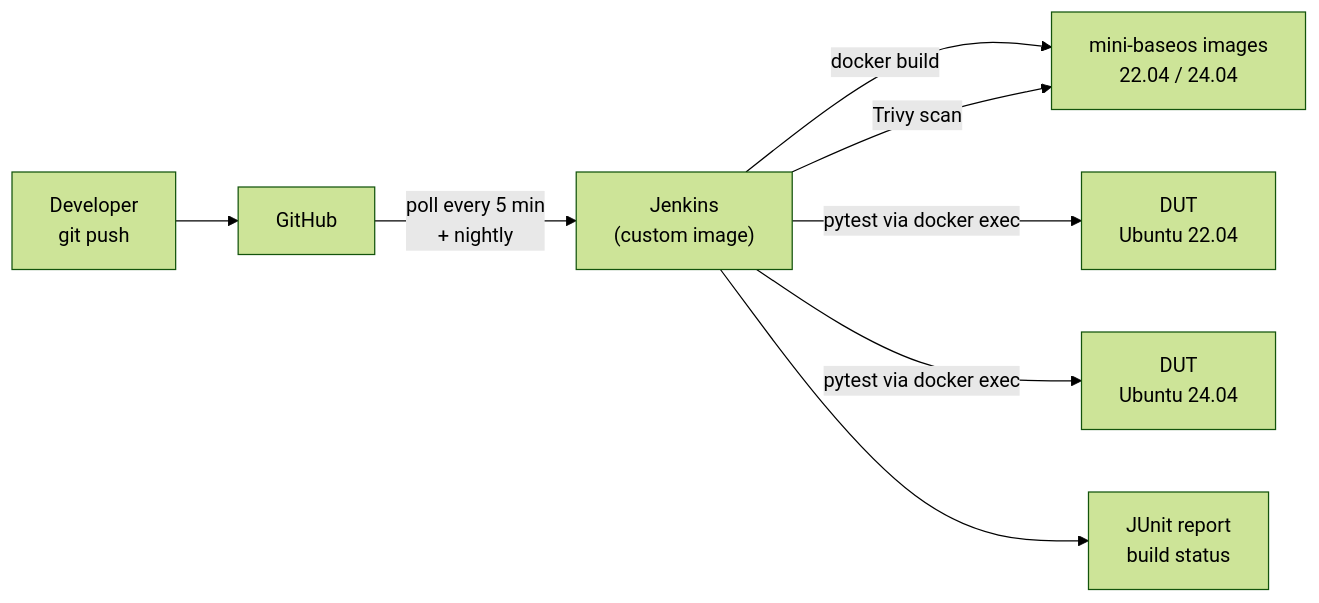
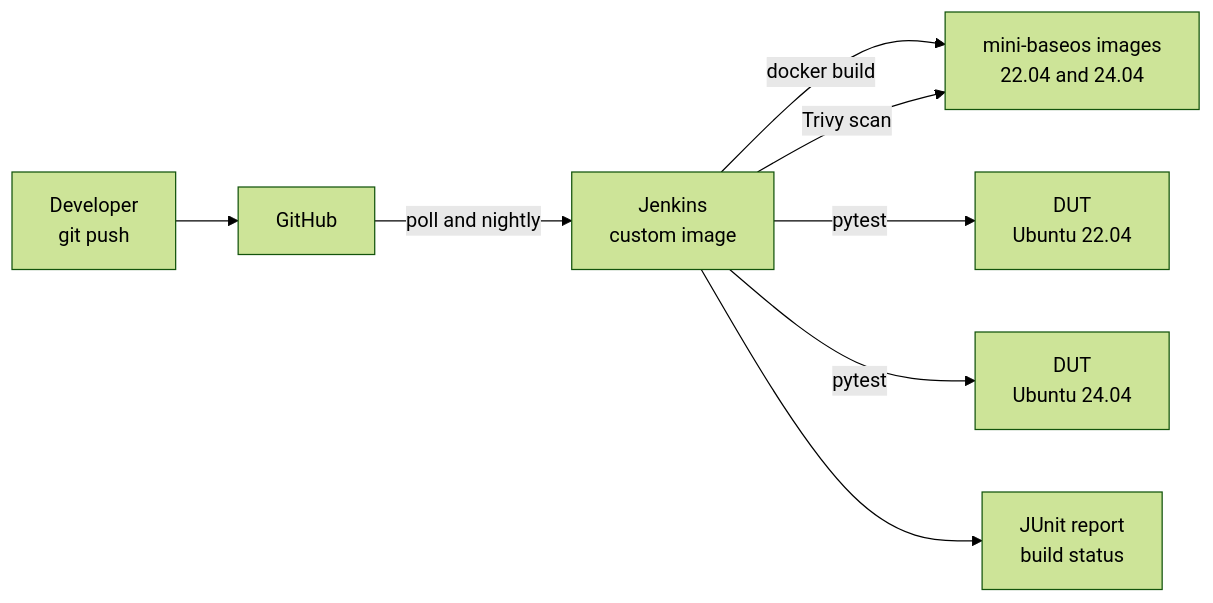
One commit to Alvis12/baseos-test-framework changed the diagram in README.md. Above: the diagram before and after it, drawn with Mermaid (forest theme).

Commit message:
Fix Mermaid architecture diagram

````diff
--- a/README.md
+++ b/README.md
@@ -24,10 +24,10 @@
 ```mermaid
 flowchart LR
     dev["Developer<br/>git push"] --> gh["GitHub"]
-    gh -->|"poll every 5 min<br/>+ nightly"| jk["Jenkins<br/>(custom image)"]
-    jk -->|"docker build"| img["mini-baseos images<br/>22.04 / 24.04"]
-    jk -->|"pytest via docker exec"| dut1["DUT<br/>Ubuntu 22.04"]
-    jk -->|"pytest via docker exec"| dut2["DUT<br/>Ubuntu 24.04"]
-    jk -->|"Trivy scan"| img
+    gh -->|poll and nightly| jk["Jenkins<br/>custom image"]
+    jk -->|docker build| img["mini-baseos images<br/>22.04 and 24.04"]
+    jk -->|pytest| dut1["DUT<br/>Ubuntu 22.04"]
+    jk -->|pytest| dut2["DUT<br/>Ubuntu 24.04"]
+    jk -->|Trivy scan| img
     jk --> rep["JUnit report<br/>build status"]
 ```
````
